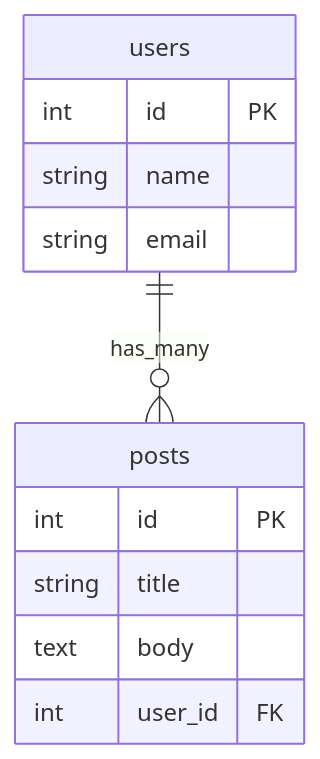
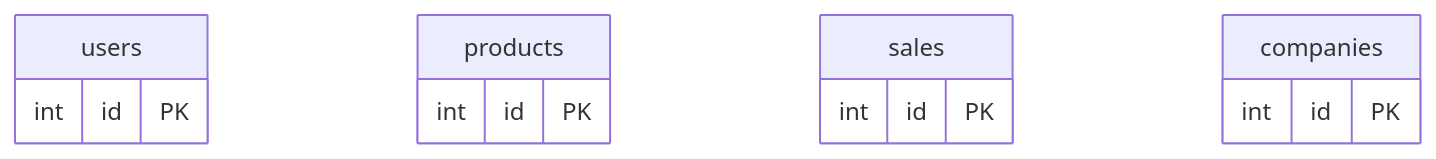
Before and after one commit to jung173/newpractice: the diagram in docs/erd.md, drawn with Mermaid.

Commit message:
Update ER diagram

````diff
--- a/docs/erd.md
+++ b/docs/erd.md
@@ -1,17 +1,18 @@
 ```mermaid
 erDiagram
-    "users" {
+    users {
         int id PK
-        string name
-        string email
     }
 
-    "posts" {
+    products {
         int id PK
-        string title
-        text body
-        int user_id FK
     }
 
-    "users" ||--o{ "posts" : has_many
+    sales {
+        int id PK
+    }
+
+    companies {
+        int id PK
+    }
 ```
````
